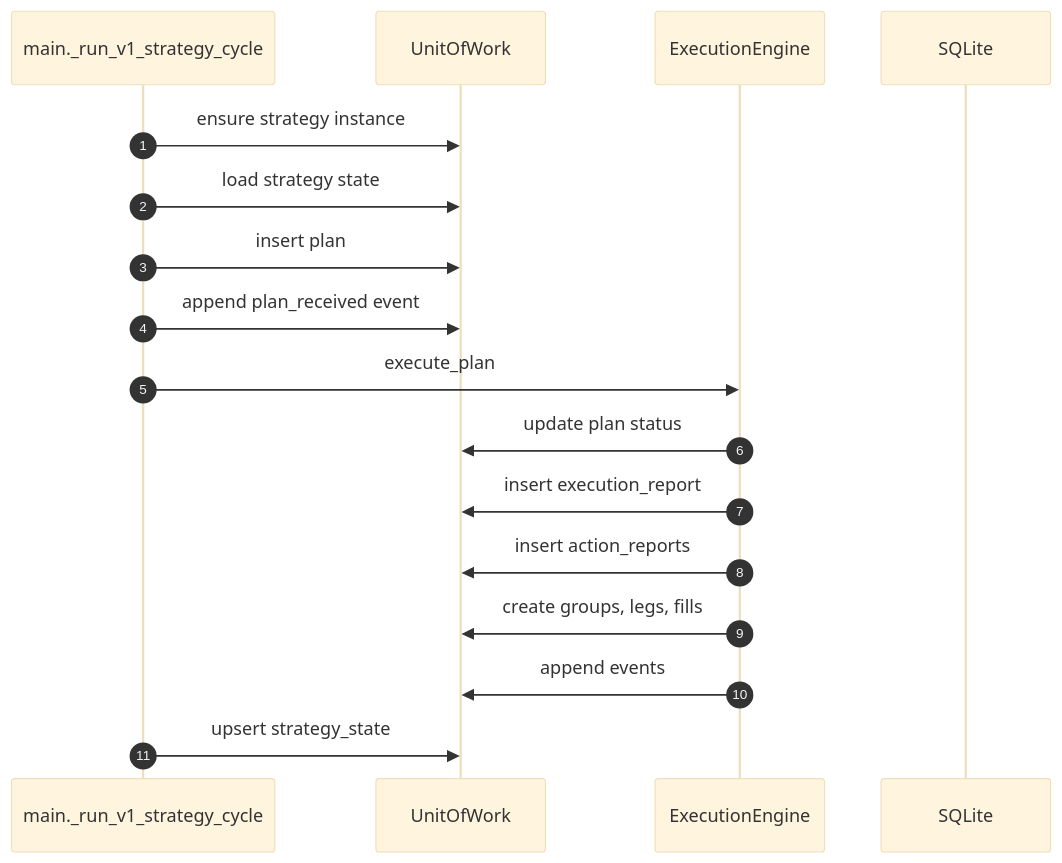
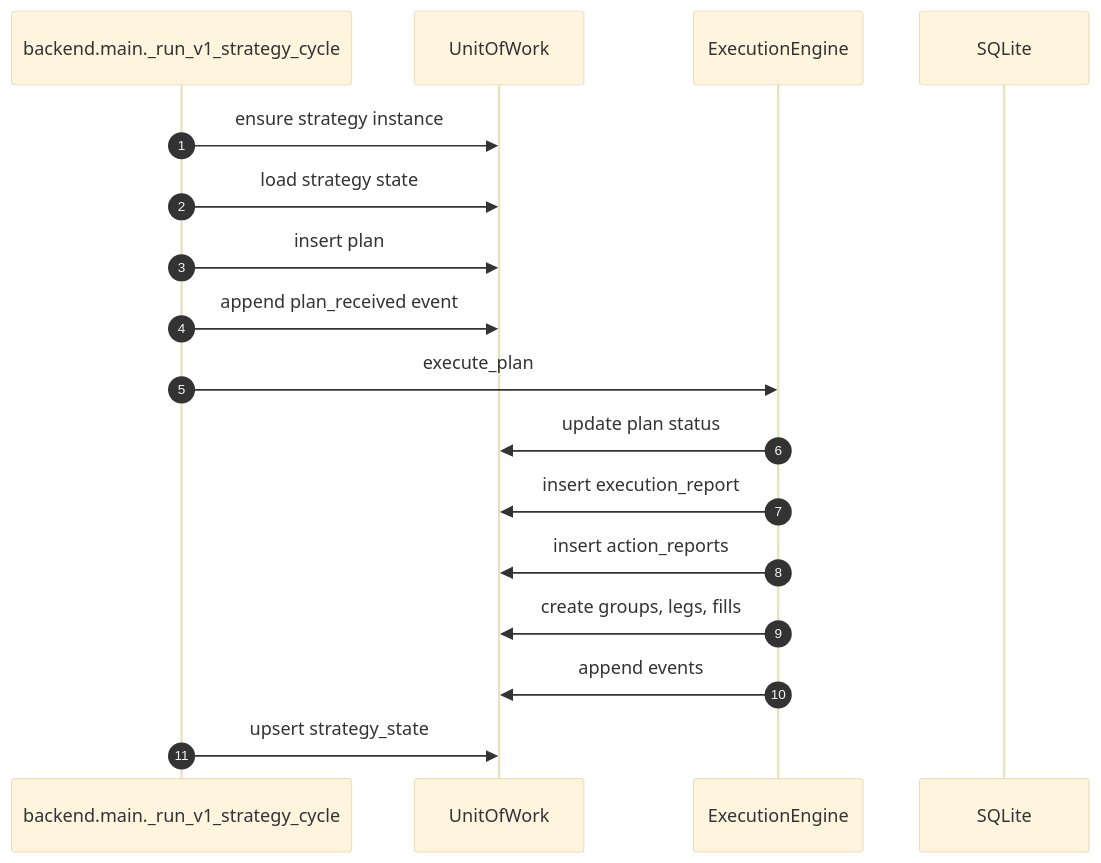
Before and after one commit to aloantony/strategy-forge: the diagram in docs/DocsTradingSystemObsidian/design/persistence.md, drawn with Mermaid (base theme). The commit also changed 10 other files, not shown here.

First line of the commit message:
docs: arreglar el diagrama roto y las referencias de modulo obsoletas

````diff
--- a/docs/DocsTradingSystemObsidian/design/persistence.md
+++ b/docs/DocsTradingSystemObsidian/design/persistence.md
@@ -25,20 +25,20 @@
 ```mermaid
 sequenceDiagram
   autonumber
-  participant Main as main._run_v1_strategy_cycle
+  participant Main as backend.main._run_v1_strategy_cycle
   participant UOW as UnitOfWork
   participant Engine as ExecutionEngine
   participant DB as SQLite
 
   Main->>UOW: ensure strategy instance
   Main->>UOW: load strategy state
   Main->>UOW: insert plan
   Main->>UOW: append plan_received event
   Main->>Engine: execute_plan
   Engine->>UOW: update plan status
   Engine->>UOW: insert execution_report
   Engine->>UOW: insert action_reports
   Engine->>UOW: create groups, legs, fills
   Engine->>UOW: append events
   Main->>UOW: upsert strategy_state
 ```
````
